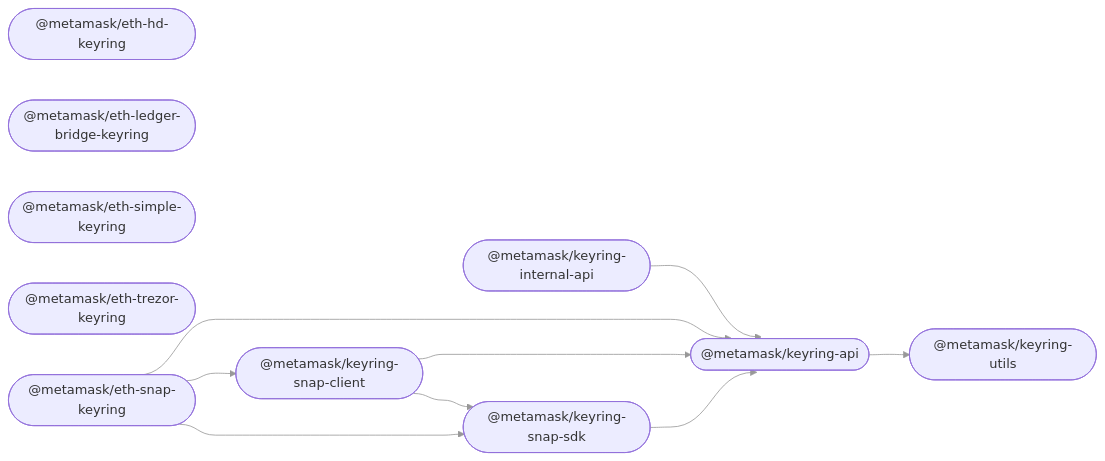
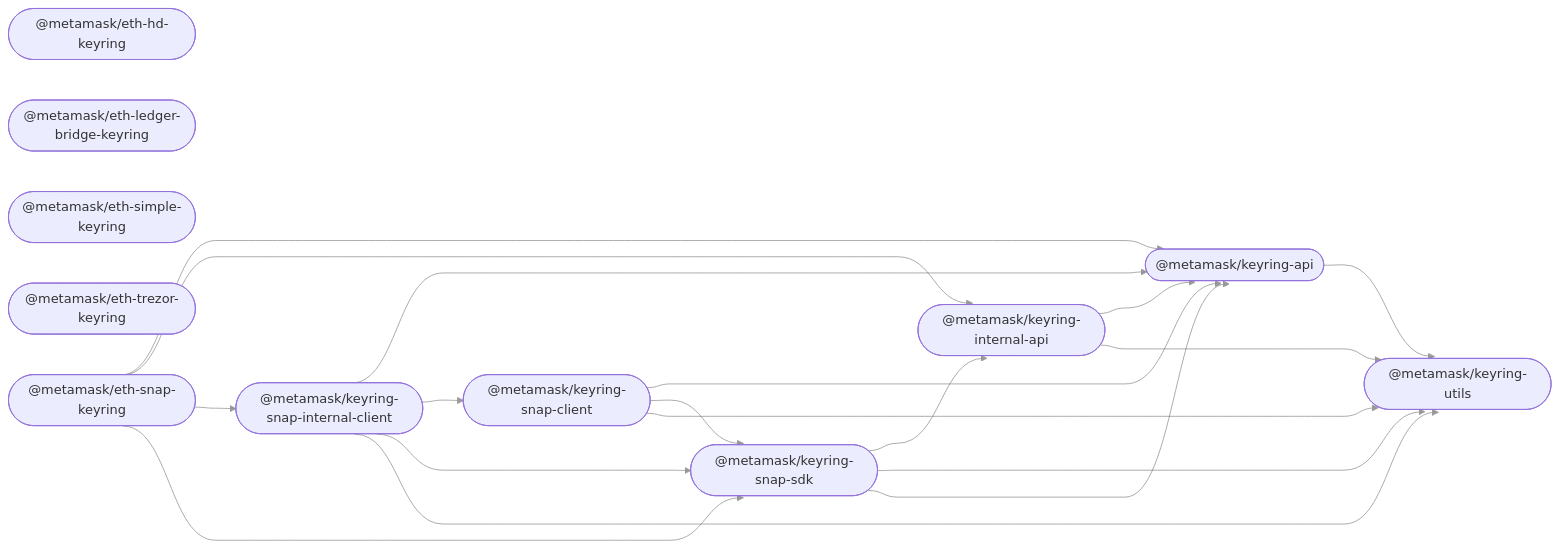
One commit to MetaMask/accounts changed the diagram in README.md. Above: the diagram before and after it, drawn with Mermaid. The commit also changed other lines of this file, not shown here.

````diff
--- a/README.md
+++ b/README.md
@@ -32,23 +33,33 @@
 ```mermaid
 %%{ init: { 'flowchart': { 'curve': 'bumpX' } } }%%
 graph LR;
 linkStyle default opacity:0.5
   keyring_api(["@metamask/keyring-api"]);
   eth_hd_keyring(["@metamask/eth-hd-keyring"]);
   eth_ledger_bridge_keyring(["@metamask/eth-ledger-bridge-keyring"]);
   eth_simple_keyring(["@metamask/eth-simple-keyring"]);
   eth_trezor_keyring(["@metamask/eth-trezor-keyring"]);
   keyring_internal_api(["@metamask/keyring-internal-api"]);
   eth_snap_keyring(["@metamask/eth-snap-keyring"]);
   keyring_snap_client(["@metamask/keyring-snap-client"]);
+  keyring_snap_internal_client(["@metamask/keyring-snap-internal-client"]);
   keyring_snap_sdk(["@metamask/keyring-snap-sdk"]);
   keyring_utils(["@metamask/keyring-utils"]);
   keyring_api --> keyring_utils;
   keyring_internal_api --> keyring_api;
+  keyring_internal_api --> keyring_utils;
   eth_snap_keyring --> keyring_api;
-  eth_snap_keyring --> keyring_snap_client;
+  eth_snap_keyring --> keyring_internal_api;
+  eth_snap_keyring --> keyring_snap_internal_client;
   eth_snap_keyring --> keyring_snap_sdk;
   keyring_snap_client --> keyring_api;
   keyring_snap_client --> keyring_snap_sdk;
+  keyring_snap_client --> keyring_utils;
+  keyring_snap_internal_client --> keyring_api;
+  keyring_snap_internal_client --> keyring_snap_client;
+  keyring_snap_internal_client --> keyring_snap_sdk;
+  keyring_snap_internal_client --> keyring_utils;
+  keyring_snap_sdk --> keyring_internal_api;
+  keyring_snap_sdk --> keyring_utils;
   keyring_snap_sdk --> keyring_api;
 ```
````
